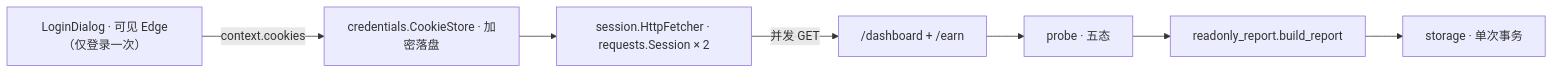
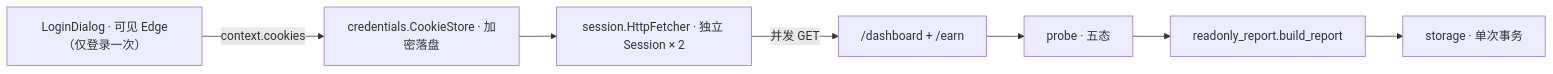
The second of 2 diagrams in docs/ARCHITECTURE.md (khtao/Microsoft-Rewards), drawn with Mermaid before and after one commit. The commit also changed other lines of this file and 128 other files, not shown here.

````diff
--- a/docs/ARCHITECTURE.md
+++ b/docs/ARCHITECTURE.md
@@ -61,9 +61,9 @@
 ```mermaid
 flowchart LR
     LOGIN["LoginDialog · 可见 Edge（仅登录一次）"] -->|context.cookies| CS["credentials.CookieStore · 加密落盘"]
-    CS --> HF["session.HttpFetcher · requests.Session × 2"]
+    CS --> HF["session.HttpFetcher · 独立 Session × 2"]
     HF -->|并发 GET| PAGES["/dashboard + /earn"]
     PAGES --> PROBE["probe · 五态"]
     PROBE --> REPORT["readonly_report.build_report"]
     REPORT --> STORE["storage · 单次事务"]
 ```
````
